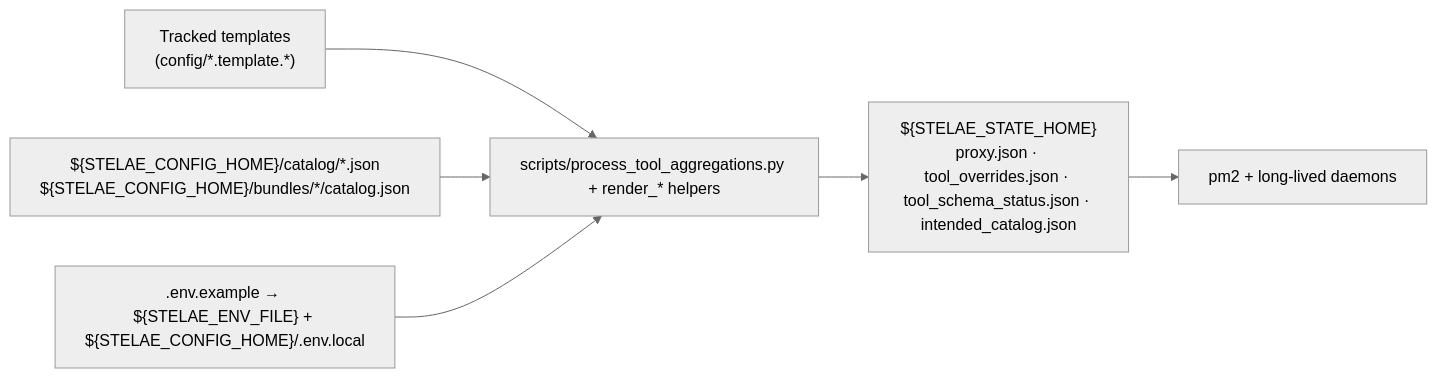
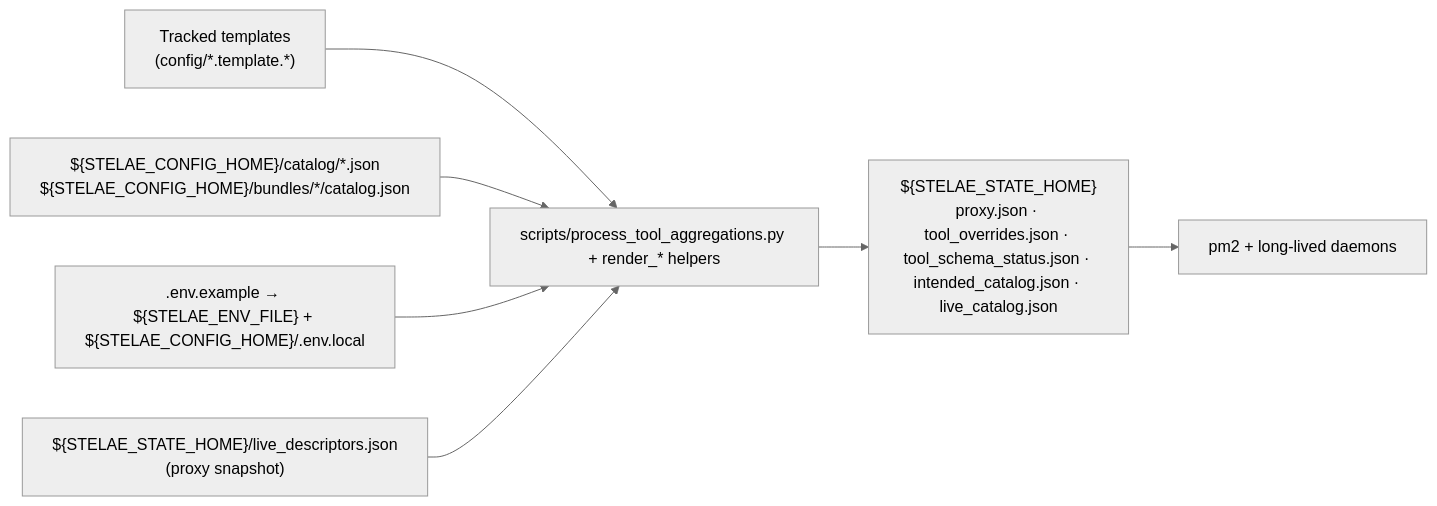
One commit to Dub1n/stelae changed the first of 7 diagrams in docs/ARCHITECTURE.md. Above: the diagram before and after it, drawn with Mermaid (neutral theme). The commit also changed other lines of this file and 12 other files, not shown here.

Commit message:
feat: default proxy intended catalog

````diff
--- a/docs/ARCHITECTURE.md
+++ b/docs/ARCHITECTURE.md
@@ -19,15 +19,17 @@
 ```mermaid
 flowchart LR
     Templates["Tracked templates<br/>(config/*.template.*)"]
     Catalog["${STELAE_CONFIG_HOME}/catalog/*.json<br/>${STELAE_CONFIG_HOME}/bundles/*/catalog.json"]
     EnvFiles[".env.example → ${STELAE_ENV_FILE} + ${STELAE_CONFIG_HOME}/.env.local"]
+    LiveDescriptors["${STELAE_STATE_HOME}/live_descriptors.json<br/>(proxy snapshot)"]
     Renderers["scripts/process_tool_aggregations.py + render_* helpers"]
-    State["${STELAE_STATE_HOME}<br/>proxy.json · tool_overrides.json · tool_schema_status.json · intended_catalog.json"]
+    State["${STELAE_STATE_HOME}<br/>proxy.json · tool_overrides.json · tool_schema_status.json · intended_catalog.json · live_catalog.json"]
     PM2["pm2 + long-lived daemons"]
 
     Templates --> Renderers
     Catalog --> Renderers
     EnvFiles --> Renderers
+    LiveDescriptors --> Renderers
     Renderers --> State
     State --> PM2
 ```
````
